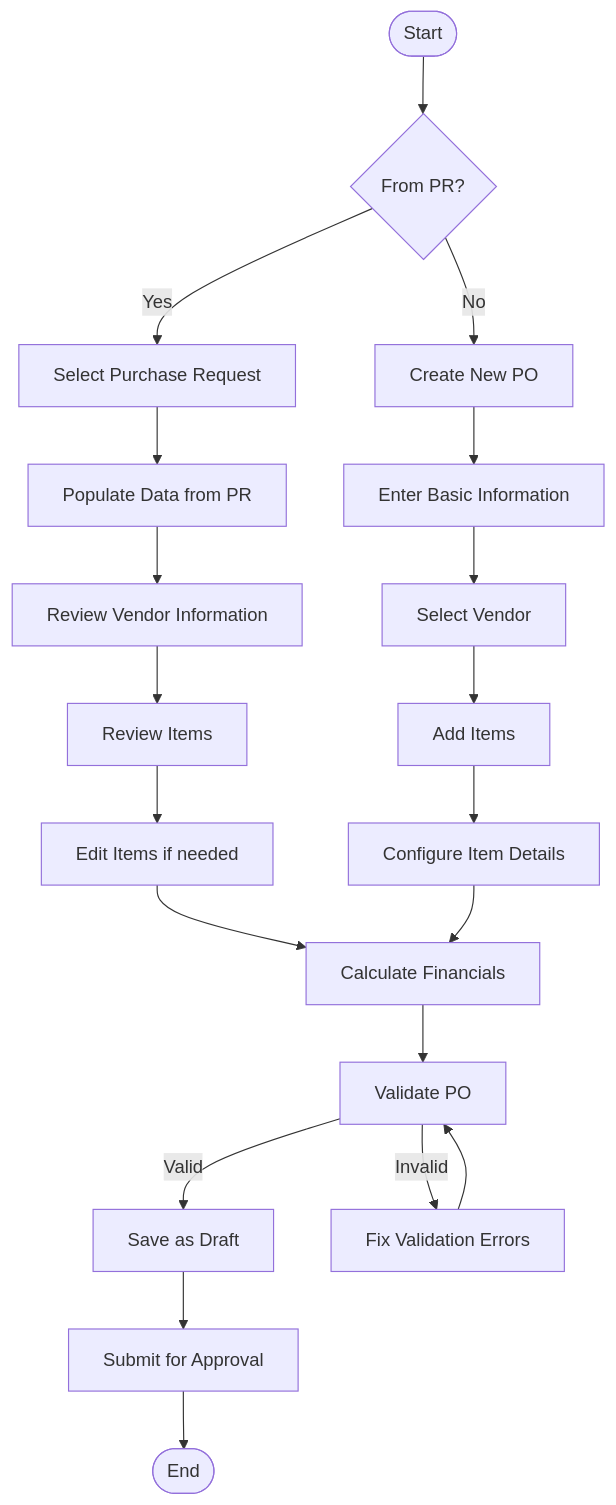
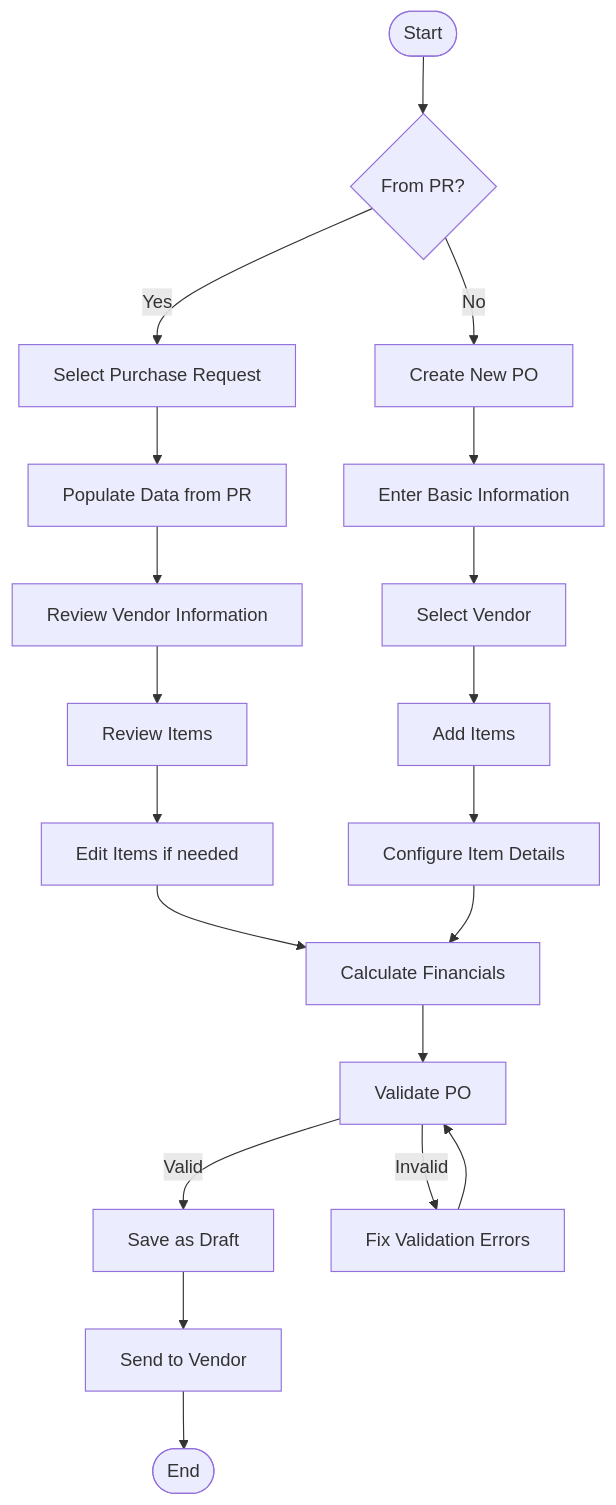
Before and after one commit to CarmenSoftware-organization/carmen: the first of 7 diagrams in docs/po/purchase-order-user-flow.md, drawn with Mermaid. The commit also changed other lines of this file and 188 other files, not shown here.

````diff
--- a/docs/po/purchase-order-user-flow.md
+++ b/docs/po/purchase-order-user-flow.md
@@ -7,30 +7,30 @@
 ```mermaid
 flowchart TD
     Start([Start]) --> PR{From PR?}
     PR -->|Yes| SelectPR[Select Purchase Request]
     PR -->|No| CreateNew[Create New PO]
     
     SelectPR --> PopulateData[Populate Data from PR]
     CreateNew --> EnterBasicInfo[Enter Basic Information]
     
     PopulateData --> ReviewVendor[Review Vendor Information]
     EnterBasicInfo --> SelectVendor[Select Vendor]
     
     ReviewVendor --> ReviewItems[Review Items]
     SelectVendor --> AddItems[Add Items]
     
     ReviewItems --> EditItems[Edit Items if needed]
     AddItems --> ConfigureItems[Configure Item Details]
     
     EditItems --> CalculateFinancials[Calculate Financials]
     ConfigureItems --> CalculateFinancials
     
     CalculateFinancials --> ValidatePO[Validate PO]
     ValidatePO -->|Valid| SaveDraft[Save as Draft]
     ValidatePO -->|Invalid| FixErrors[Fix Validation Errors]
     
     FixErrors --> ValidatePO
     
-    SaveDraft --> Submit[Submit for Approval]
-    Submit --> End([End])
+    SaveDraft --> SendToVendor[Send to Vendor]
+    SendToVendor --> End([End])
 ```
````
